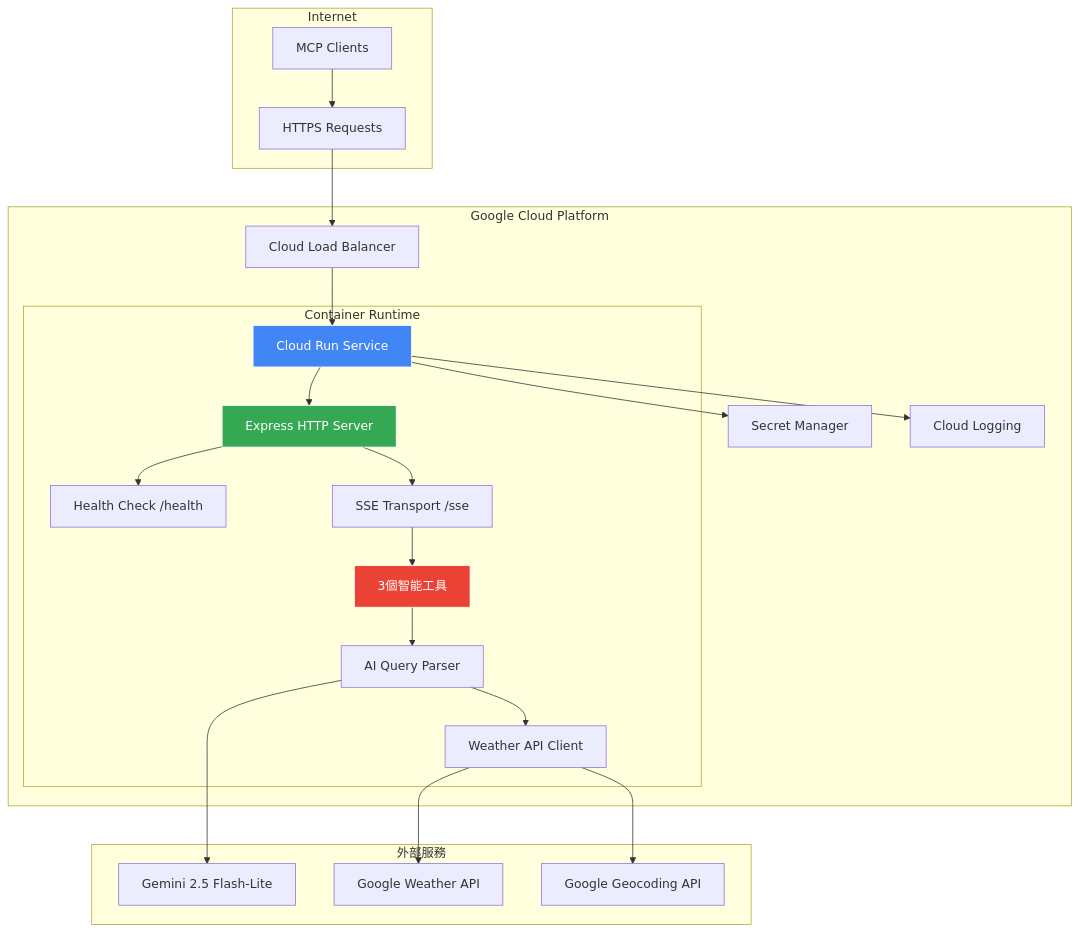
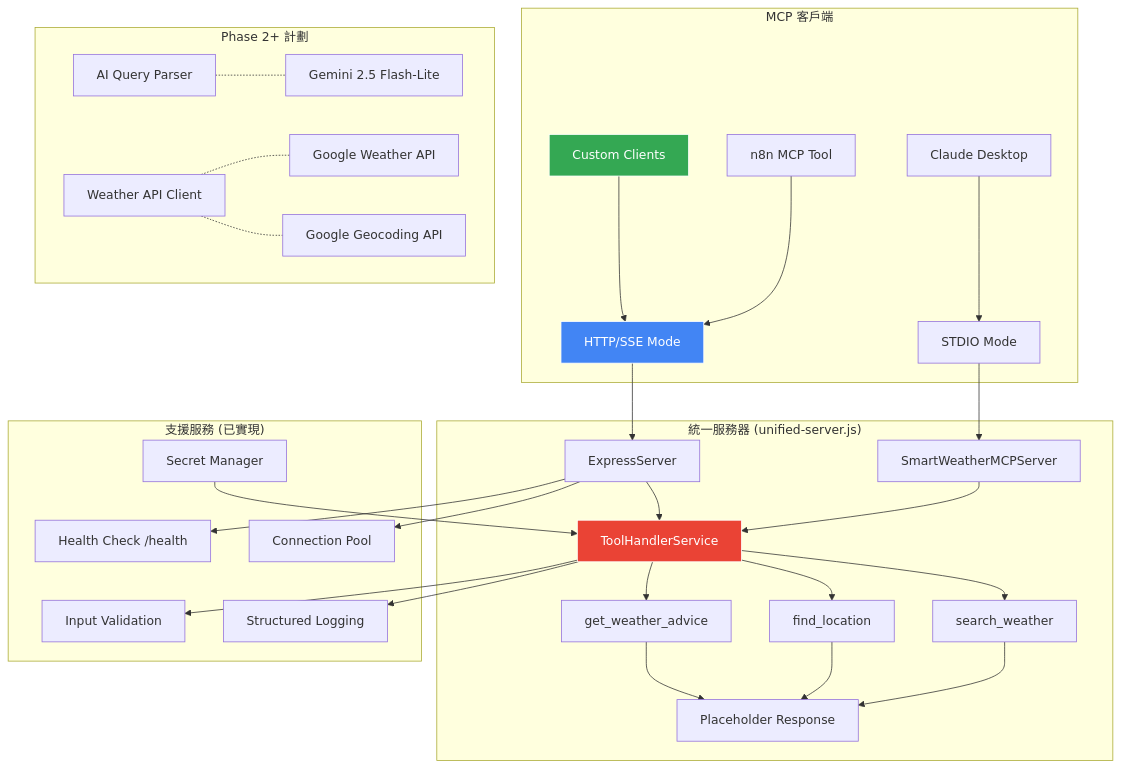
Before and after one commit to lis186/smart-weather-mcp-server: the first of 2 diagrams in README.md, drawn with Mermaid. The commit also changed other lines of this file and 1 other file, not shown here.

First line of the commit message:
docs: Update documentation to reflect Phase 1 completion

````diff
--- a/README.md
+++ b/README.md
@@ -178,33 +192,42 @@
 ```mermaid
 graph TB
-    subgraph "Internet"
-        A[MCP Clients] --> B[HTTPS Requests]
+    subgraph "MCP 客戶端"
+        A[Claude Desktop] --> B[STDIO Mode]
+        C[n8n MCP Tool] --> D[HTTP/SSE Mode]
+        E[Custom Clients] --> D
     end
     
-    subgraph "Google Cloud Platform"
-        B --> C[Cloud Load Balancer]
-        C --> D[Cloud Run Service]
+    subgraph "統一服務器 (unified-server.js)"
+        B --> F[SmartWeatherMCPServer]
+        D --> G[ExpressServer]
         
-        subgraph "Container Runtime"
-            D --> E[Express HTTP Server]
-            E --> F[Health Check /health]
-            E --> G[SSE Transport /sse]
-            G --> H[3個智能工具]
-            H --> I[AI Query Parser]
-            I --> J[Weather API Client]
-        end
+        F --> H[ToolHandlerService]
+        G --> H
         
-        D --> K[Secret Manager]
-        D --> L[Cloud Logging]
+        H --> I[search_weather]
+        H --> J[find_location]  
+        H --> K[get_weather_advice]
+        
+        I --> L[Placeholder Response]
+        J --> L
+        K --> L
     end
     
-    subgraph "外部服務"
-        I --> M[Gemini 2.5 Flash-Lite]
-        J --> N[Google Weather API]
-        J --> O[Google Geocoding API]
+    subgraph "支援服務 (已實現)"
+        G --> M[Health Check /health]
+        G --> N[Connection Pool]
+        H --> O[Input Validation]
+        H --> P[Structured Logging]
+        Q[Secret Manager] --> H
+    end
+    
+    subgraph "Phase 2+ 計劃"
+        R[AI Query Parser] -.- S[Gemini 2.5 Flash-Lite]
+        T[Weather API Client] -.- U[Google Weather API]
+        T -.- V[Google Geocoding API]
     end
     
     style D fill:#4285f4,stroke:#fff,color:#fff
     style E fill:#34a853,stroke:#fff,color:#fff
     style H fill:#ea4335,stroke:#fff,color:#fff
 ```
````
